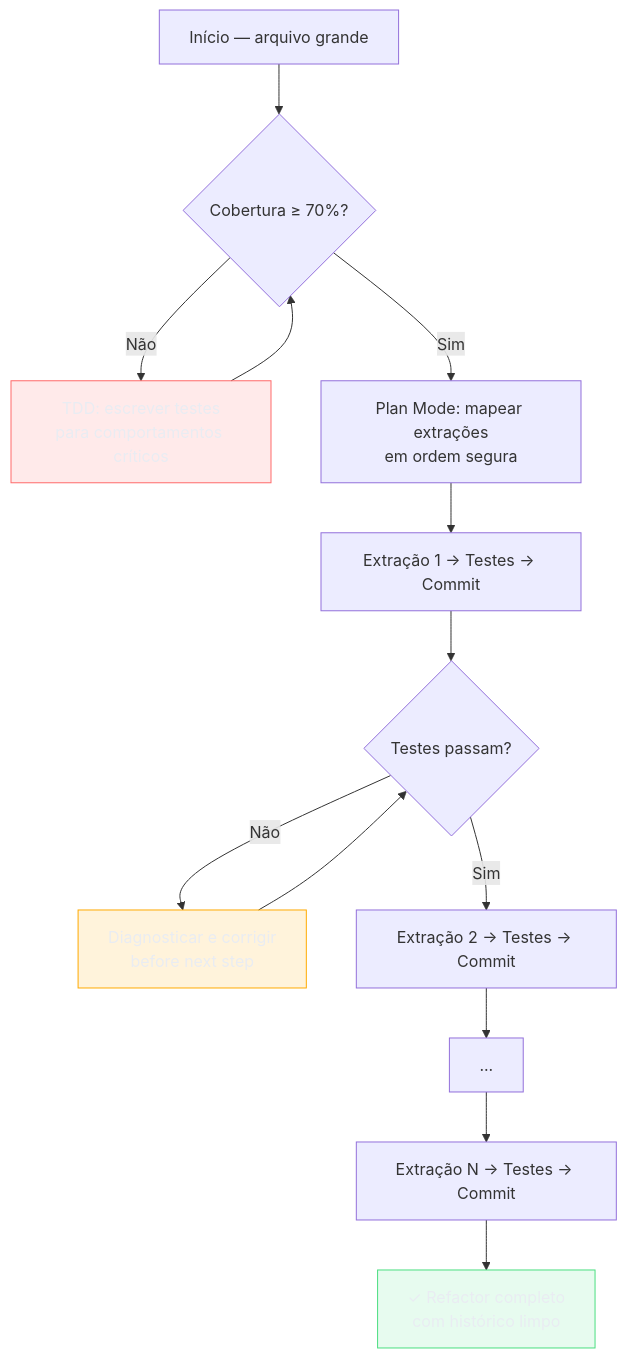
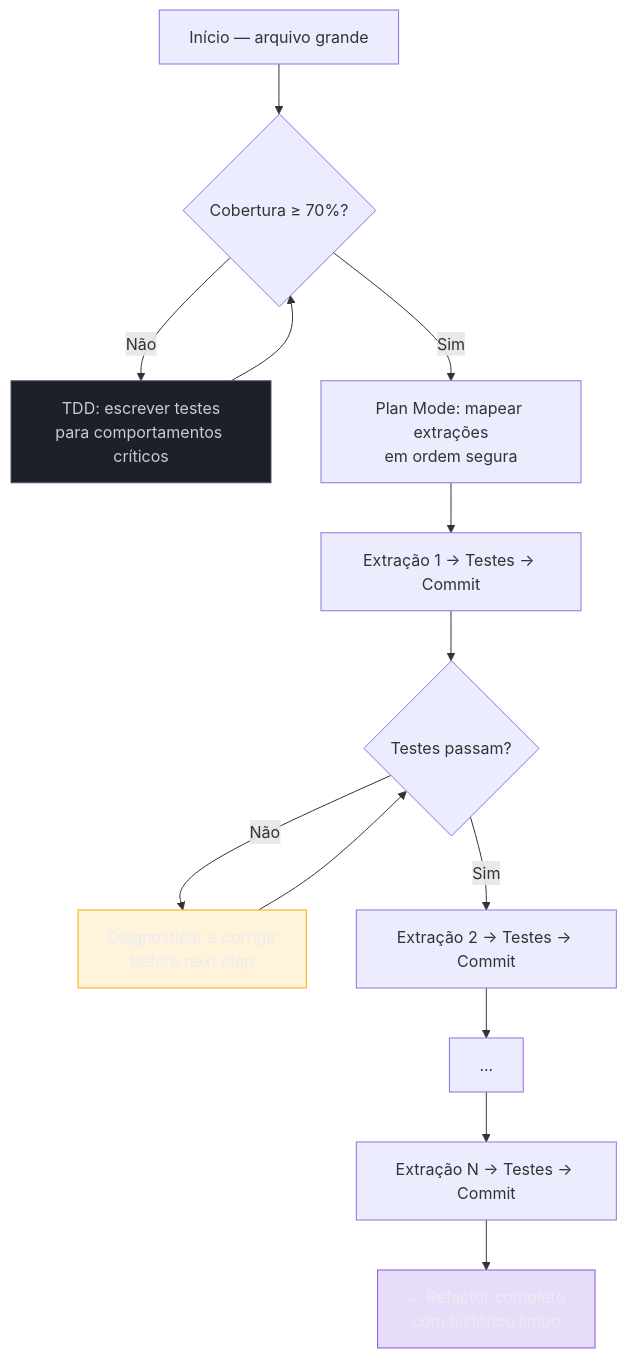
The diagram in 03-Dominios/Tecnologia/IA/Claude Code/Workflows/03 - Refactoring pesado.md (josenaldo/codex-technomanticus), drawn with Mermaid before and after one commit. The commit also changed 601 other files, not shown here.

````diff
--- a/03-Dominios/Tecnologia/IA/Claude Code/Workflows/03 - Refactoring pesado.md
+++ b/03-Dominios/Tecnologia/IA/Claude Code/Workflows/03 - Refactoring pesado.md
@@ -43,22 +43,22 @@
 ```mermaid
 flowchart TD
-    classDef falha fill:#FF6B6B24,stroke:#FF6B6B,color:#E9ECF2
-    classDef ok fill:#4ADE8021,stroke:#4ADE80,color:#E9ECF2
+    classDef marca fill:#8855DF33,stroke:#8855DF,color:#E9ECF2
+    classDef neutro fill:#1B2029,stroke:#4E5666,color:#C6CCD8
     classDef destaque fill:#FFAA0024,stroke:#FFAA00,color:#E9ECF2
     A[Início — arquivo grande] --> B{Cobertura ≥ 70%?}
     B -- Não --> C[TDD: escrever testes\npara comportamentos críticos]
     C --> B
     B -- Sim --> D[Plan Mode: mapear extrações\nem ordem segura]
     D --> E[Extração 1 → Testes → Commit]
     E --> F{Testes passam?}
     F -- Não --> G[Diagnosticar e corrigir\nbefore next step]
     G --> F
     F -- Sim --> H[Extração 2 → Testes → Commit]
     H --> I[...]
     I --> J[Extração N → Testes → Commit]
     J --> K[✓ Refactor completo\ncom histórico limpo]
 
-    class C falha
-    class K ok
+    class C neutro
+    class K marca
     class G destaque
 ```
````
